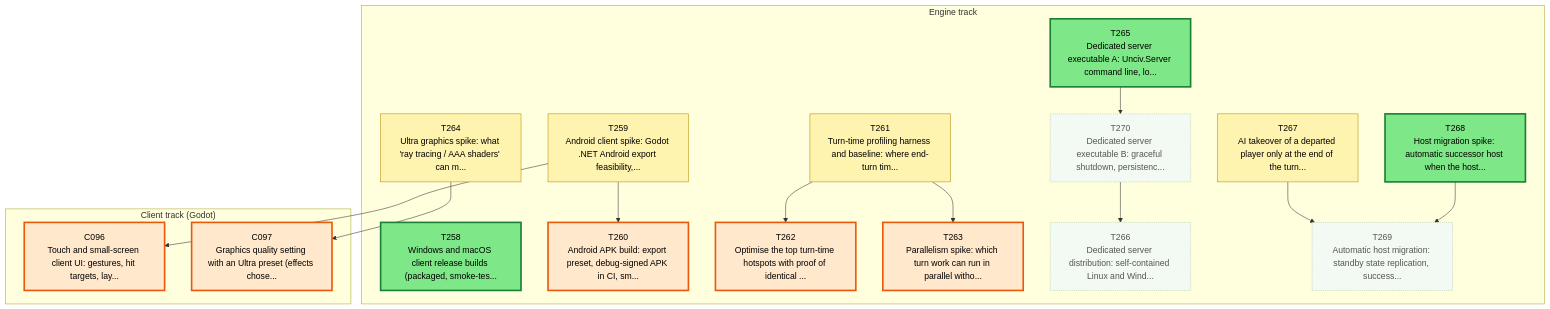
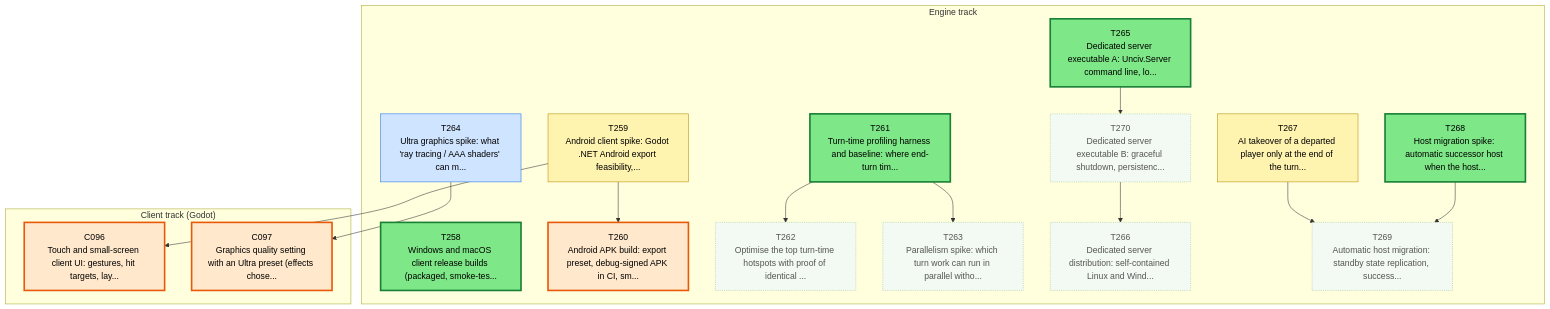
Before and after one commit to Kenmura/Unciv: the first of 3 diagrams in csharp/migration/DEPENDENCY_MAP.md, drawn with Mermaid. The commit also changed other lines of this file and 7 other files, not shown here.

````diff
--- a/csharp/migration/DEPENDENCY_MAP.md
+++ b/csharp/migration/DEPENDENCY_MAP.md
@@ -35,53 +35,53 @@
 ```mermaid
 flowchart TD
   subgraph TTRACK["Engine track"]
     T258["T258<br/>Windows and macOS client release builds (packaged, smoke-tes..."]
     T259["T259<br/>Android client spike: Godot .NET Android export feasibility,..."]
     T260["T260<br/>Android APK build: export preset, debug-signed APK in CI, sm..."]
     T261["T261<br/>Turn-time profiling harness and baseline: where end-turn tim..."]
     T262["T262<br/>Optimise the top turn-time hotspots with proof of identical ..."]
     T263["T263<br/>Parallelism spike: which turn work can run in parallel witho..."]
     T264["T264<br/>Ultra graphics spike: what 'ray tracing / AAA shaders' can m..."]
     T265["T265<br/>Dedicated server executable A: Unciv.Server command line, lo..."]
     T266["T266<br/>Dedicated server distribution: self-contained Linux and Wind..."]
     T267["T267<br/>AI takeover of a departed player only at the end of the turn..."]
     T268["T268<br/>Host migration spike: automatic successor host when the host..."]
     T269["T269<br/>Automatic host migration: standby state replication, success..."]
     T270["T270<br/>Dedicated server executable B: graceful shutdown, persistenc..."]
   end
   subgraph CTRACK["Client track (Godot)"]
     C096["C096<br/>Touch and small-screen client UI: gestures, hit targets, lay..."]
     C097["C097<br/>Graphics quality setting with an Ultra preset (effects chose..."]
   end
   T259 --> T260
   T261 --> T262
   T261 --> T263
   T270 --> T266
   T268 --> T269
   T267 --> T269
   T265 --> T270
   T259 --> C096
   T264 --> C097
   classDef waiting fill:#f3faf3,stroke:#9bc49b,color:#555,stroke-dasharray:2 2
   classDef ondeck fill:#ffe8cc,stroke:#e8590c,stroke-width:3px,color:#000
   classDef ready fill:#7ee787,stroke:#1a7f37,stroke-width:3px,color:#000
   classDef prog fill:#fff3b0,stroke:#b58900,color:#000
   classDef review fill:#cfe4ff,stroke:#1f6feb,color:#000
   classDef blocked fill:#ffd6d6,stroke:#c62828,color:#000
   classDef done fill:#eeeeee,stroke:#999999,color:#666,stroke-dasharray:4 3
   class C096 ondeck
   class C097 ondeck
   class T258 ready
   class T259 prog
   class T260 ondeck
-  class T261 prog
-  class T262 ondeck
-  class T263 ondeck
-  class T264 prog
+  class T261 ready
+  class T262 waiting
+  class T263 waiting
+  class T264 review
   class T265 ready
   class T266 waiting
   class T267 prog
   class T268 ready
   class T269 waiting
   class T270 waiting
 ```
````
